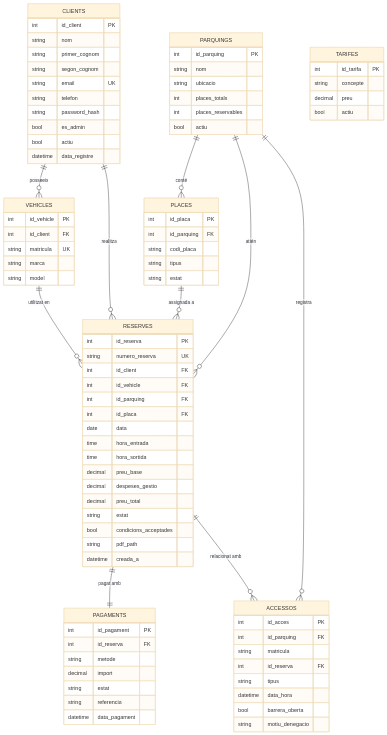
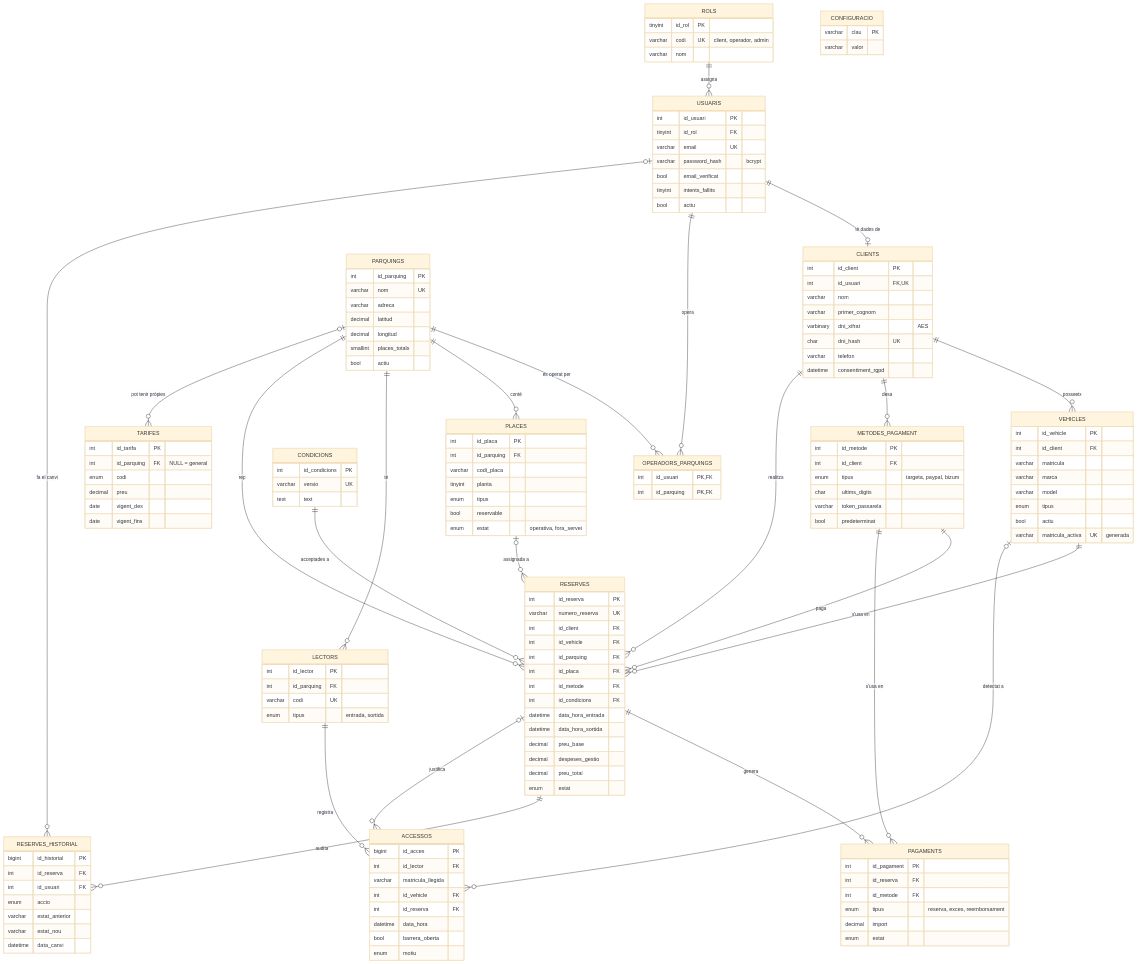
One commit to carlosxavierx/parkingcsj changed the diagram in proyecto_parking/sprint1/02-modelo-er.md. Above: the diagram before and after it, drawn with Mermaid (base theme). The commit also changed other lines of this file and 8 other files, not shown here.

````diff
--- a/proyecto_parking/sprint1/02-modelo-er.md
+++ b/proyecto_parking/sprint1/02-modelo-er.md
@@ -11,97 +25,156 @@
 ```mermaid
 erDiagram
+    ROLS ||--o{ USUARIS : "assigna"
+    USUARIS ||--o| CLIENTS : "té dades de"
+    USUARIS ||--o{ OPERADORS_PARQUINGS : "opera"
+    PARQUINGS ||--o{ OPERADORS_PARQUINGS : "és operat per"
     CLIENTS ||--o{ VEHICLES : "posseeix"
+    CLIENTS ||--o{ METODES_PAGAMENT : "desa"
     CLIENTS ||--o{ RESERVES : "realitza"
-    VEHICLES ||--o{ RESERVES : "utilitzat en"
+    VEHICLES ||--o{ RESERVES : "s'usa en"
+    METODES_PAGAMENT ||--o{ RESERVES : "paga"
+    CONDICIONS ||--o{ RESERVES : "acceptades a"
     PARQUINGS ||--o{ PLACES : "conté"
-    PARQUINGS ||--o{ RESERVES : "atién"
-    PLACES ||--o{ RESERVES : "assignada a"
-    RESERVES ||--|| PAGAMENTS : "pagat amb"
-    PARQUINGS ||--o{ ACCESSOS : "registra"
-    RESERVES ||--o{ ACCESSOS : "relacionat amb"
+    PARQUINGS ||--o{ LECTORS : "té"
+    PARQUINGS ||--o{ RESERVES : "rep"
+    PARQUINGS |o--o{ TARIFES : "pot tenir pròpies"
+    PLACES |o--o{ RESERVES : "assignada a"
+    RESERVES ||--o{ PAGAMENTS : "genera"
+    METODES_PAGAMENT ||--o{ PAGAMENTS : "s'usa en"
+    RESERVES ||--o{ RESERVES_HISTORIAL : "audita"
+    USUARIS |o--o{ RESERVES_HISTORIAL : "fa el canvi"
+    LECTORS ||--o{ ACCESSOS : "registra"
+    VEHICLES |o--o{ ACCESSOS : "detectat a"
+    RESERVES |o--o{ ACCESSOS : "justifica"
 
+    ROLS {
+        tinyint id_rol PK
+        varchar codi UK "client, operador, admin"
+        varchar nom
+    }
+    USUARIS {
+        int id_usuari PK
+        tinyint id_rol FK
+        varchar email UK
+        varchar password_hash "bcrypt"
+        bool email_verificat
+        tinyint intents_fallits
+        bool actiu
+    }
     CLIENTS {
         int id_client PK
-        string nom
-        string primer_cognom
-        string segon_cognom
-        string email UK
-        string telefon
-        string password_hash
-        bool es_admin
-        bool actiu
-        datetime data_registre
+        int id_usuari FK,UK
+        varchar nom
+        varchar primer_cognom
+        varbinary dni_xifrat "AES"
+        char dni_hash UK
+        varchar telefon
+        datetime consentiment_rgpd
     }
-
     VEHICLES {
         int id_vehicle PK
         int id_client FK
-        string matricula UK
-        string marca
-        string model
+        varchar matricula
+        varchar marca
+        varchar model
+        enum tipus
+        bool actiu
+        varchar matricula_activa UK "generada"
     }
-
+    METODES_PAGAMENT {
+        int id_metode PK
+        int id_client FK
+        enum tipus "targeta, paypal, bizum"
+        char ultims_digits
+        varchar token_passarela
+        bool predeterminat
+    }
     PARQUINGS {
         int id_parquing PK
-        string nom
-        string ubicacio
-        int places_totals
-        int places_reservables
+        varchar nom UK
+        varchar adreca
+        decimal latitud
+        decimal longitud
+        smallint places_totals
         bool actiu
     }
-
+    OPERADORS_PARQUINGS {
+        int id_usuari PK,FK
+        int id_parquing PK,FK
+    }
     PLACES {
         int id_placa PK
         int id_parquing FK
-        string codi_placa
-        string tipus
-        string estat
+        varchar codi_placa
+        tinyint planta
+        enum tipus
+        bool reservable
+        enum estat "operativa, fora_servei"
     }
-
+    LECTORS {
+        int id_lector PK
+        int id_parquing FK
+        varchar codi UK
+        enum tipus "entrada, sortida"
+    }
+    TARIFES {
+        int id_tarifa PK
+        int id_parquing FK "NULL = general"
+        enum codi
+        decimal preu
+        date vigent_des
+        date vigent_fins
+    }
+    CONFIGURACIO {
+        varchar clau PK
+        varchar valor
+    }
+    CONDICIONS {
+        int id_condicions PK
+        varchar versio UK
+        text text
+    }
     RESERVES {
         int id_reserva PK
-        string numero_reserva UK
+        varchar numero_reserva UK
         int id_client FK
         int id_vehicle FK
         int id_parquing FK
         int id_placa FK
-        date data
-        time hora_entrada
-        time hora_sortida
+        int id_metode FK
+        int id_condicions FK
+        datetime data_hora_entrada
+        datetime data_hora_sortida
         decimal preu_base
         decimal despeses_gestio
         decimal preu_total
-        string estat
-        bool condicions_acceptades
-        string pdf_path
-        datetime creada_a
+        enum estat
     }
-
+    RESERVES_HISTORIAL {
+        bigint id_historial PK
+        int id_reserva FK
+        int id_usuari FK
+        enum accio
+        varchar estat_anterior
+        varchar estat_nou
+        datetime data_canvi
+    }
     PAGAMENTS {
         int id_pagament PK
         int id_reserva FK
-        string metode
+        int id_metode FK
+        enum tipus "reserva, exces, reemborsament"
         decimal import
-        string estat
-        string referencia
-        datetime data_pagament
+        enum estat
     }
-
     ACCESSOS {
-        int id_acces PK
-        int id_parquing FK
-        string matricula
+        bigint id_acces PK
+        int id_lector FK
+        varchar matricula_llegida
+        int id_vehicle FK
         int id_reserva FK
-        string tipus
         datetime data_hora
         bool barrera_oberta
-        string motiu_denegacio
-    }
-
-    TARIFES {
-        int id_tarifa PK
-        string concepte
-        decimal preu
-        bool actiu
+        enum motiu
     }
 ```
````
